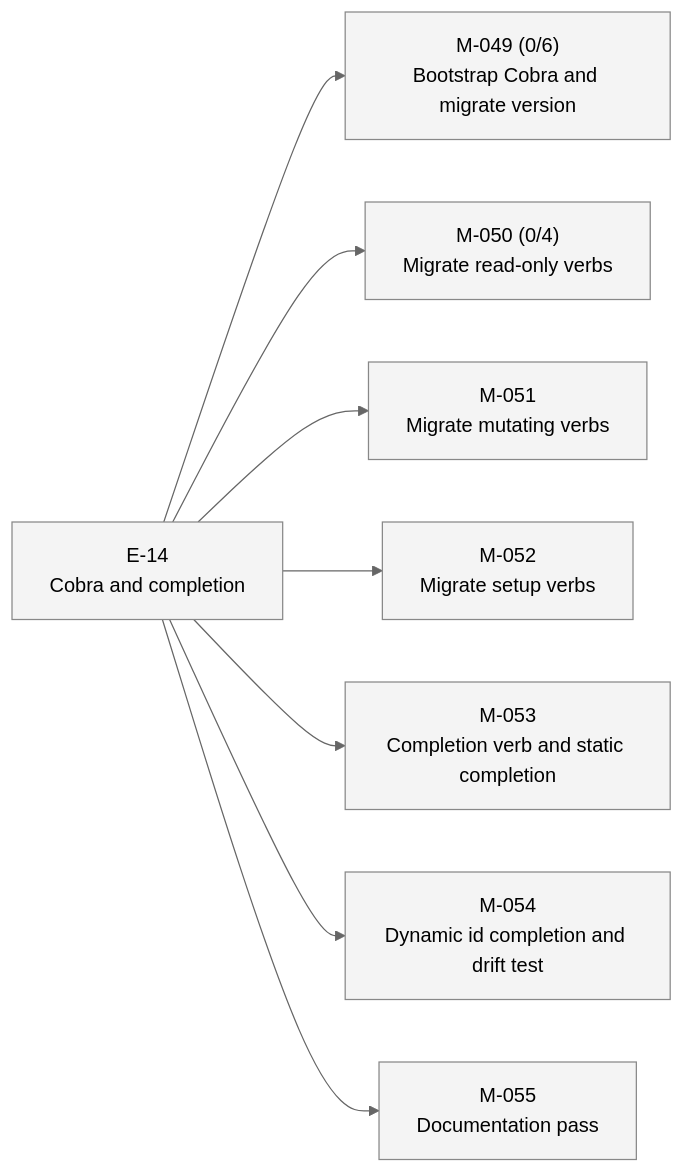
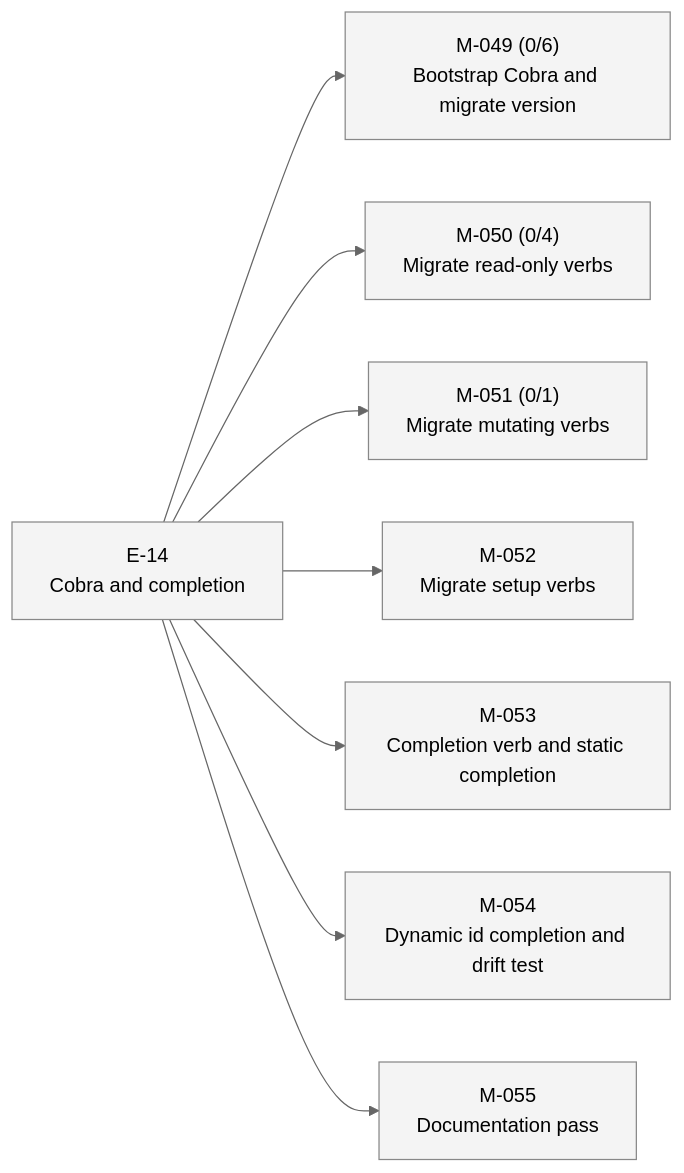
One commit to 23min/aiwf changed the second of 2 diagrams in STATUS.md. Above: the diagram before and after it, drawn with Mermaid (neutral theme). The commit also changed other lines of this file and 1 other file, not shown here.

````diff
--- a/STATUS.md
+++ b/STATUS.md
@@ -38,24 +38,24 @@
 ```mermaid
 flowchart LR
   E_14["E-14<br/>Cobra and completion"]:::epic_proposed
   M_049["M-049 (0/6)<br/>Bootstrap Cobra and migrate version"]:::ms_draft
   E_14 --> M_049
   M_050["M-050 (0/4)<br/>Migrate read-only verbs"]:::ms_draft
   E_14 --> M_050
-  M_051["M-051<br/>Migrate mutating verbs"]:::ms_draft
+  M_051["M-051 (0/1)<br/>Migrate mutating verbs"]:::ms_draft
   E_14 --> M_051
   M_052["M-052<br/>Migrate setup verbs"]:::ms_draft
   E_14 --> M_052
   M_053["M-053<br/>Completion verb and static completion"]:::ms_draft
   E_14 --> M_053
   M_054["M-054<br/>Dynamic id completion and drift test"]:::ms_draft
   E_14 --> M_054
   M_055["M-055<br/>Documentation pass"]:::ms_draft
   E_14 --> M_055
   classDef epic_active fill:#d6eaff,stroke:#1a73e8,color:#000
   classDef epic_proposed fill:#f4f4f4,stroke:#888,color:#000
   classDef ms_done fill:#d8f5d8,stroke:#2a8a2a,color:#000
   classDef ms_in_progress fill:#fff3c4,stroke:#caa400,color:#000
   classDef ms_draft fill:#f4f4f4,stroke:#888,color:#000
   classDef ms_cancelled fill:#fbeaea,stroke:#c33,color:#000
 ```
````
